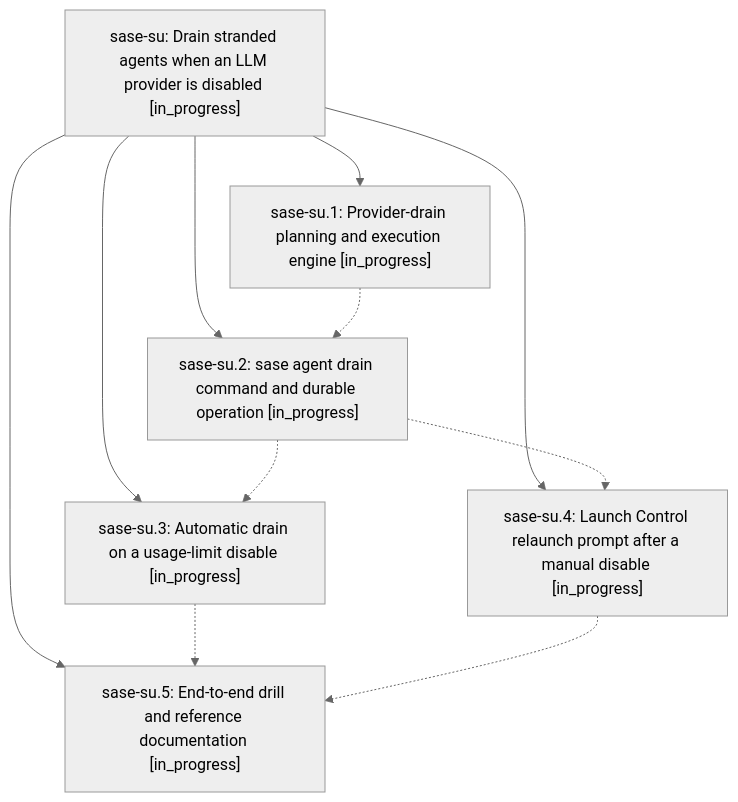
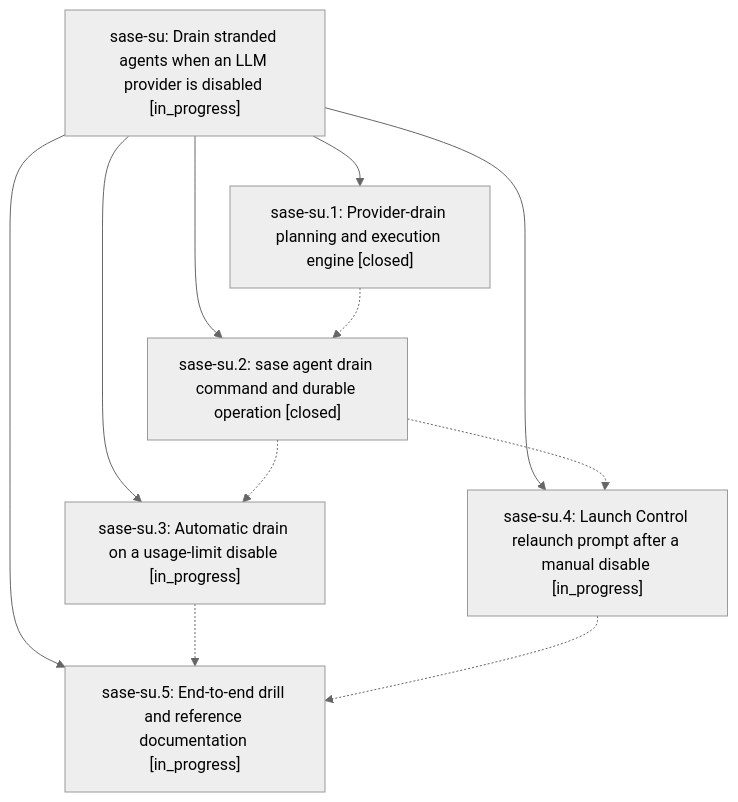
The diagram in pages/sase-su/README.md (sase-org/sase--beads), drawn with Mermaid (neutral theme) before and after one commit. The commit also changed other lines of this file and 4 other files, not shown here.

````diff
--- a/pages/sase-su/README.md
+++ b/pages/sase-su/README.md
@@ -26,19 +30,19 @@
 ```mermaid
 flowchart TD
     n0["sase-su: Drain stranded agents when an LLM provider is disabled [in_progress]"]
-    n1["sase-su.1: Provider-drain planning and execution engine [in_progress]"]
-    n2["sase-su.2: sase agent drain command and durable operation [in_progress]"]
+    n1["sase-su.1: Provider-drain planning and execution engine [closed]"]
+    n2["sase-su.2: sase agent drain command and durable operation [closed]"]
     n3["sase-su.3: Automatic drain on a usage-limit disable [in_progress]"]
     n4["sase-su.4: Launch Control relaunch prompt after a manual disable [in_progress]"]
     n5["sase-su.5: End-to-end drill and reference documentation [in_progress]"]
     n0 --> n1
     n0 --> n2
     n0 --> n3
     n0 --> n4
     n0 --> n5
     n1 -.-> n2
     n2 -.-> n3
     n2 -.-> n4
     n3 -.-> n5
     n4 -.-> n5
 ```
````
